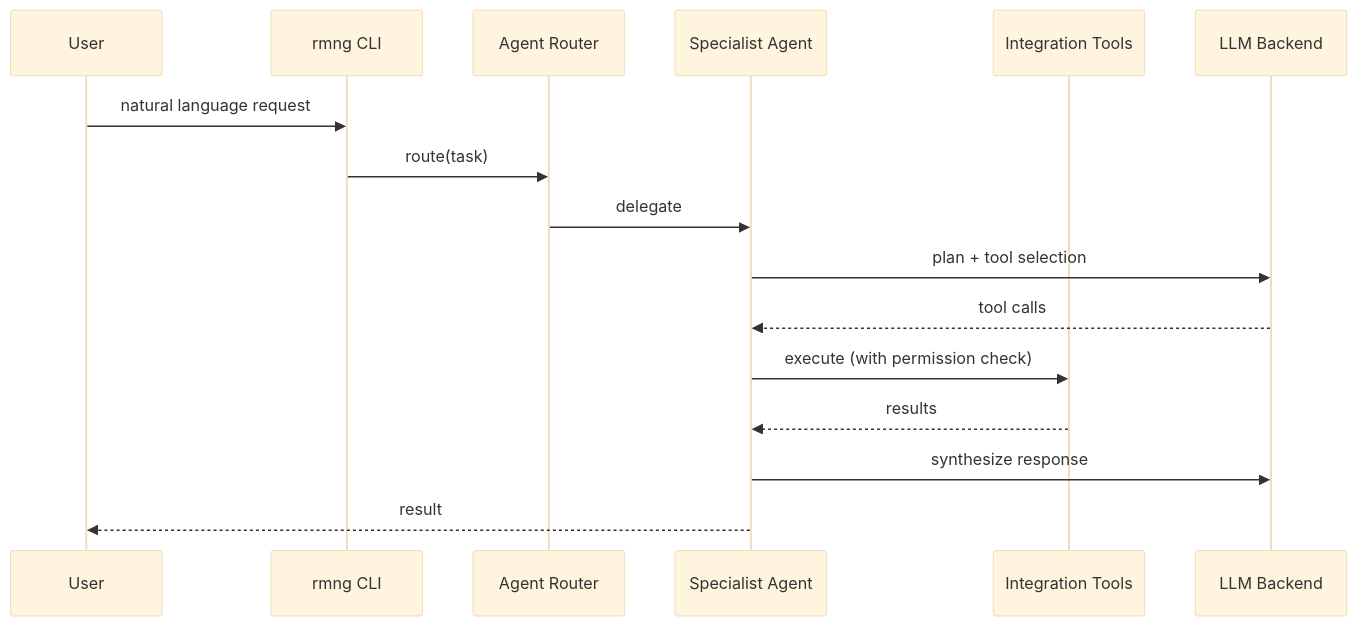
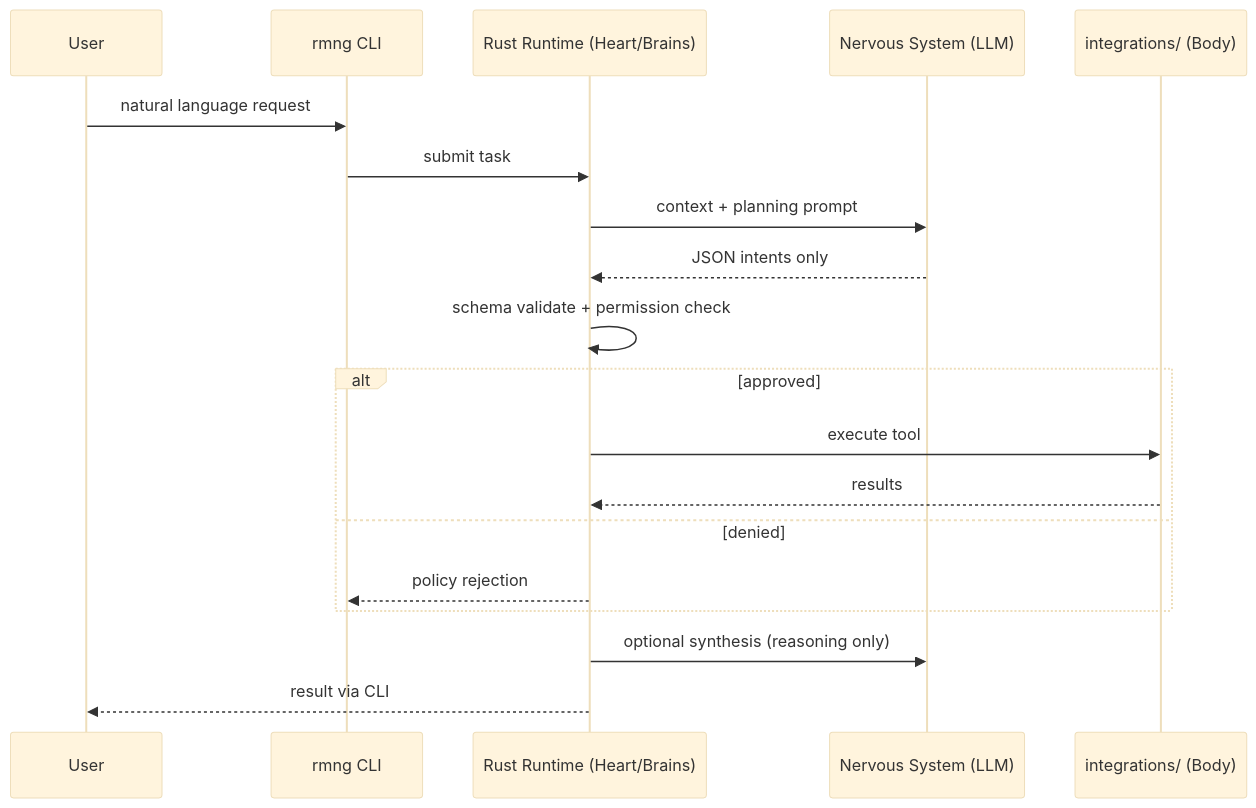
One commit to Ishwanku/RMNG-OS changed the second of 2 diagrams in docs/ARCHITECTURE.md. Above: the diagram before and after it, drawn with Mermaid (base theme). The commit also changed other lines of this file and 11 other files, not shown here.

Commit message:
Phase 2 complete; lock Phase 5 ADRs (Rust, nervous-system model, CLI-first)

````diff
--- a/docs/ARCHITECTURE.md
+++ b/docs/ARCHITECTURE.md
@@ -180,19 +214,22 @@
 ```mermaid
 sequenceDiagram
     participant User
     participant CLI as rmng CLI
-    participant Router as Agent Router
-    participant Agent as Specialist Agent
-    participant Tools as Integration Tools
-    participant LLM as LLM Backend
+    participant Runtime as Rust Runtime (Heart/Brains)
+    participant LLM as Nervous System (LLM)
+    participant Tools as integrations/ (Body)
 
     User->>CLI: natural language request
-    CLI->>Router: route(task)
-    Router->>Agent: delegate
-    Agent->>LLM: plan + tool selection
-    LLM-->>Agent: tool calls
-    Agent->>Tools: execute (with permission check)
-    Tools-->>Agent: results
-    Agent->>LLM: synthesize response
-    Agent-->>User: result
+    CLI->>Runtime: submit task
+    Runtime->>LLM: context + planning prompt
+    LLM-->>Runtime: JSON intents only
+    Runtime->>Runtime: schema validate + permission check
+    alt approved
+        Runtime->>Tools: execute tool
+        Tools-->>Runtime: results
+    else denied
+        Runtime-->>CLI: policy rejection
+    end
+    Runtime->>LLM: optional synthesis (reasoning only)
+    Runtime-->>User: result via CLI
 ```
````
